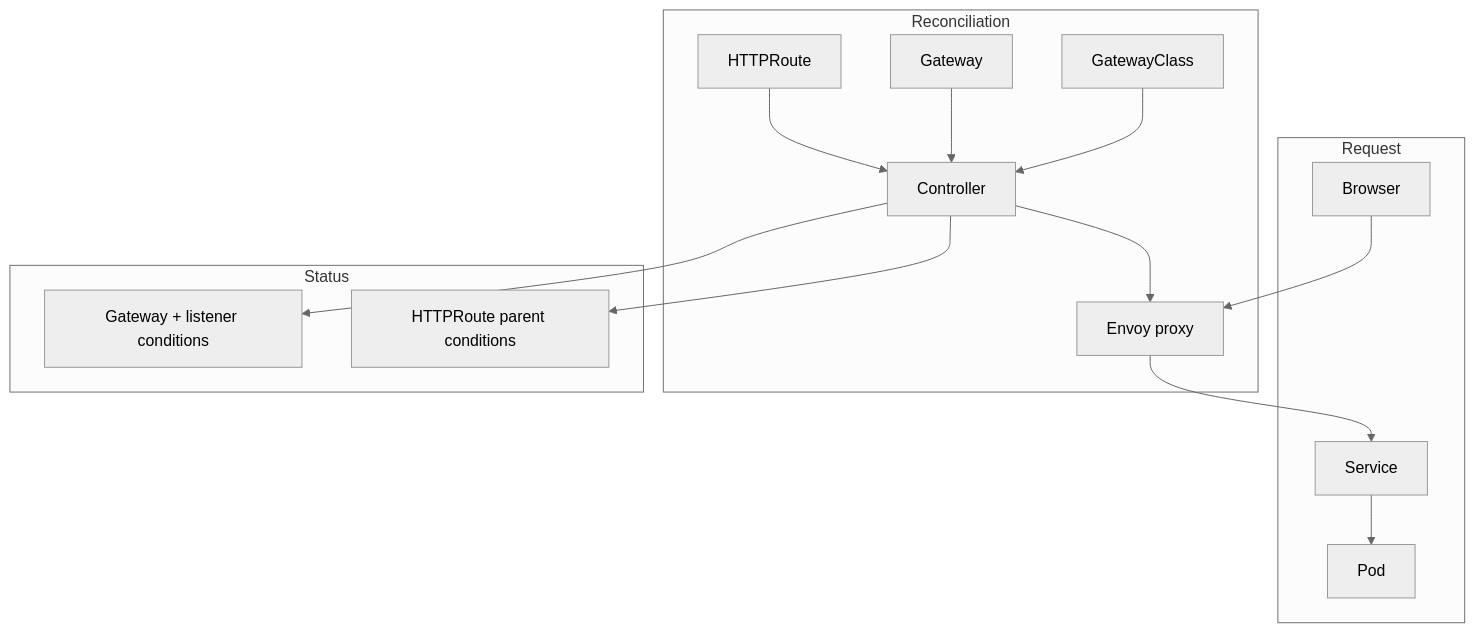
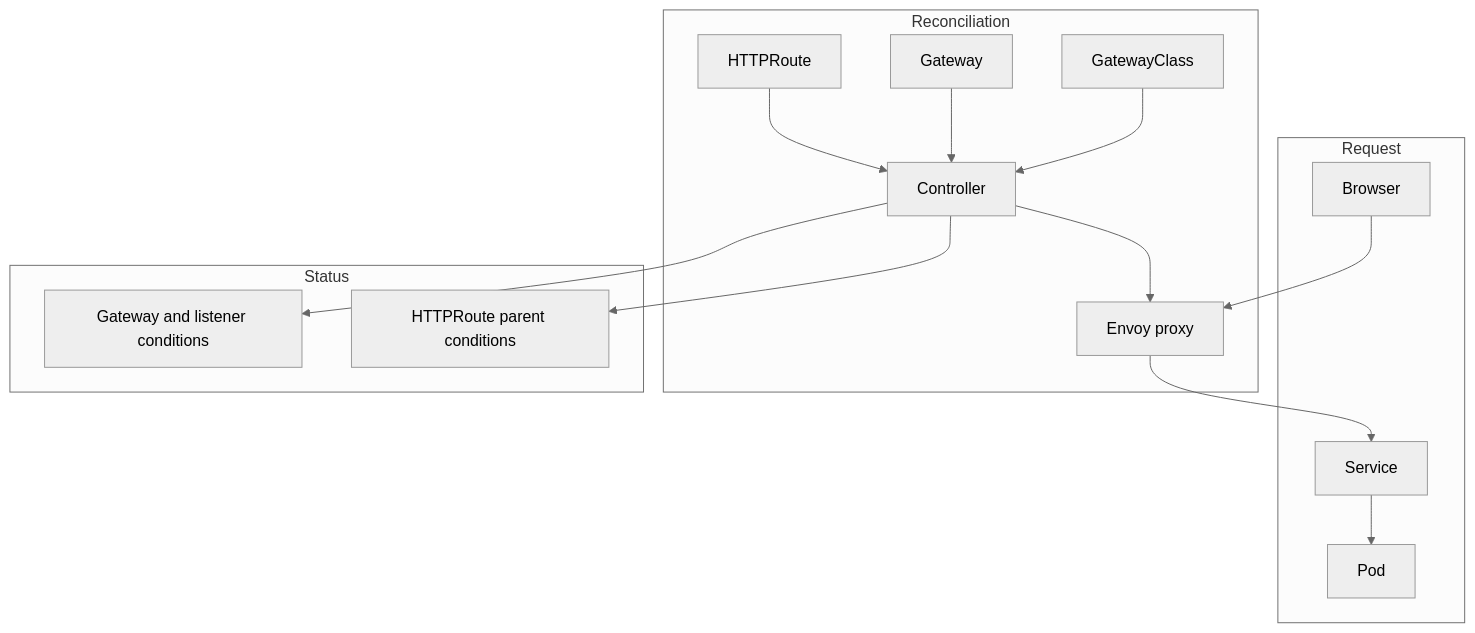
The diagram in docs/learn/networking/gateway-api.md (darshan-raul/apollo11-docs), drawn with Mermaid (neutral theme) before and after one commit. The commit also changed other lines of this file and 55 other files, not shown here.

````diff
--- a/docs/learn/networking/gateway-api.md
+++ b/docs/learn/networking/gateway-api.md
@@ -46,16 +39,16 @@
 ```mermaid
 flowchart TB
   subgraph Reconcile[Reconciliation]
     GC[GatewayClass] --> Ctl[Controller]
     G[Gateway] --> Ctl
     R[HTTPRoute] --> Ctl
     Ctl --> Proxy[Envoy proxy]
   end
   subgraph Request[Request]
     Browser --> Proxy --> Svc[Service] --> Pod
   end
   subgraph Status[Status]
-    Ctl --> GS[Gateway + listener conditions]
+    Ctl --> GS[Gateway and listener conditions]
     Ctl --> RS[HTTPRoute parent conditions]
   end
 ```
````
